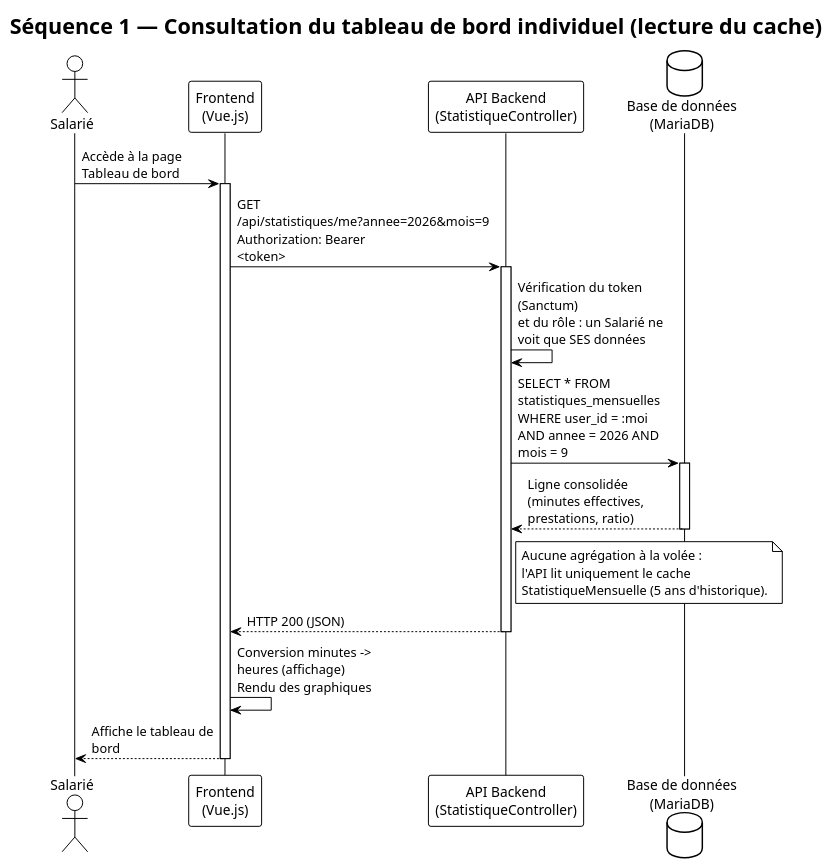
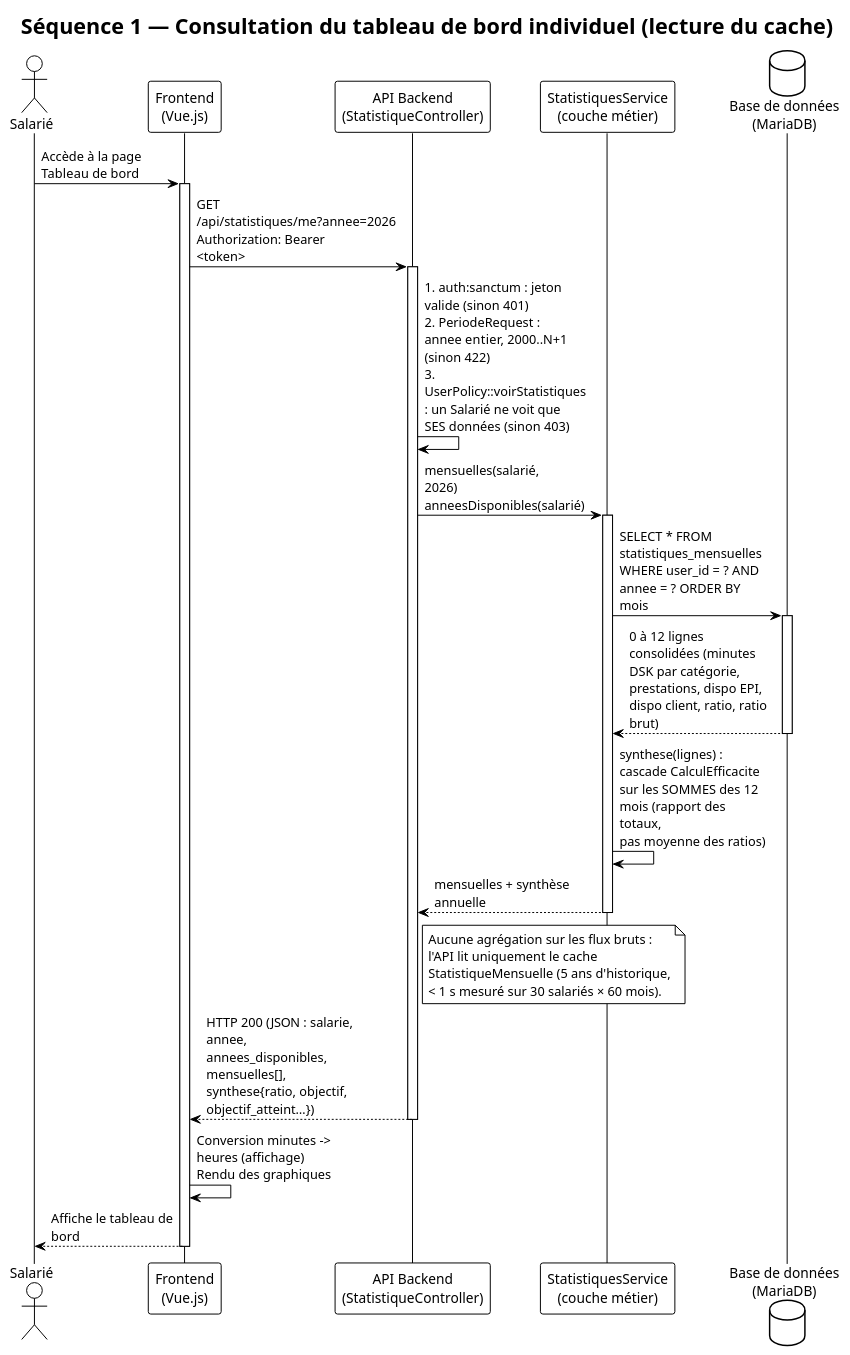
The diagram in diagrammes de séquence/diagrammes_de_séquence_1.md (midjix/plantuml), drawn with PlantUML before and after one commit. The commit also changed 3 other files, not shown here.

First line of the commit message:
docs(uml): consultation API (StatistiquesService, policies, components)

````diff
--- a/diagrammes de séquence/diagrammes_de_séquence_1.md
+++ b/diagrammes de séquence/diagrammes_de_séquence_1.md
@@ -1,39 +1,46 @@
 ```plantuml
 @startuml
 !theme plain
 skinparam maxMessageSize 150
 
 title Séquence 1 — Consultation du tableau de bord individuel (lecture du cache)
 
 actor "Salarié" as sal
 participant "Frontend\n(Vue.js)" as vue
 participant "API Backend\n(StatistiqueController)" as api
+participant "StatistiquesService\n(couche métier)" as svc
 database "Base de données\n(MariaDB)" as db
 
 sal -> vue : Accède à la page Tableau de bord
 activate vue
 
-vue -> api : GET /api/statistiques/me?annee=2026&mois=9\nAuthorization: Bearer <token>
+vue -> api : GET /api/statistiques/me?annee=2026\nAuthorization: Bearer <token>
 activate api
 
-api -> api : Vérification du token (Sanctum)\net du rôle : un Salarié ne voit que SES données
+api -> api : 1. auth:sanctum : jeton valide (sinon 401)\n2. PeriodeRequest : annee entier, 2000..N+1 (sinon 422)\n3. UserPolicy::voirStatistiques : un Salarié ne voit que SES données (sinon 403)
 
-api -> db : SELECT * FROM statistiques_mensuelles\nWHERE user_id = :moi AND annee = 2026 AND mois = 9
+api -> svc : mensuelles(salarié, 2026)\nanneesDisponibles(salarié)
+activate svc
+svc -> db : SELECT * FROM statistiques_mensuelles\nWHERE user_id = ? AND annee = ? ORDER BY mois
 activate db
-db --> api : Ligne consolidée (minutes effectives, prestations, ratio)
+db --> svc : 0 à 12 lignes consolidées (minutes DSK par catégorie,\nprestations, dispo EPI, dispo client, ratio, ratio brut)
 deactivate db
+svc -> svc : synthese(lignes) : cascade CalculEfficacite\nsur les SOMMES des 12 mois (rapport des totaux,\npas moyenne des ratios)
+svc --> api : mensuelles + synthèse annuelle
+deactivate svc
 
 note right of api
-  Aucune agrégation à la volée :
+  Aucune agrégation sur les flux bruts :
   l'API lit uniquement le cache
-  StatistiqueMensuelle (5 ans d'historique).
+  StatistiqueMensuelle (5 ans d'historique,
+  < 1 s mesuré sur 30 salariés × 60 mois).
 end note
 
-api --> vue : HTTP 200 (JSON)
+api --> vue : HTTP 200 (JSON : salarie, annee, annees_disponibles,\nmensuelles[], synthese{ratio, objectif, objectif_atteint…})
 deactivate api
 
 vue -> vue : Conversion minutes -> heures (affichage)\nRendu des graphiques
 vue --> sal : Affiche le tableau de bord
 deactivate vue
 @enduml
 ```
````
